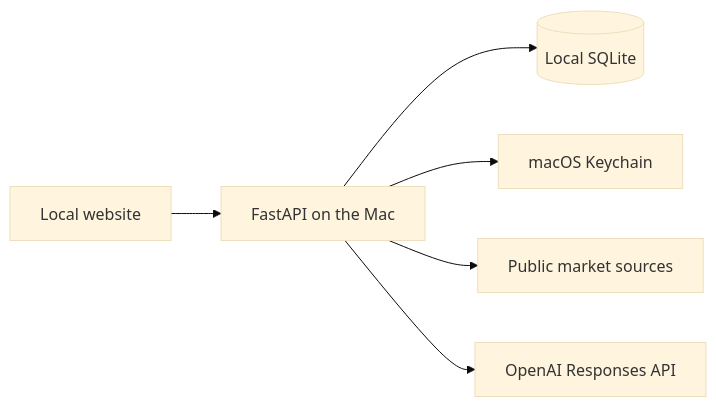
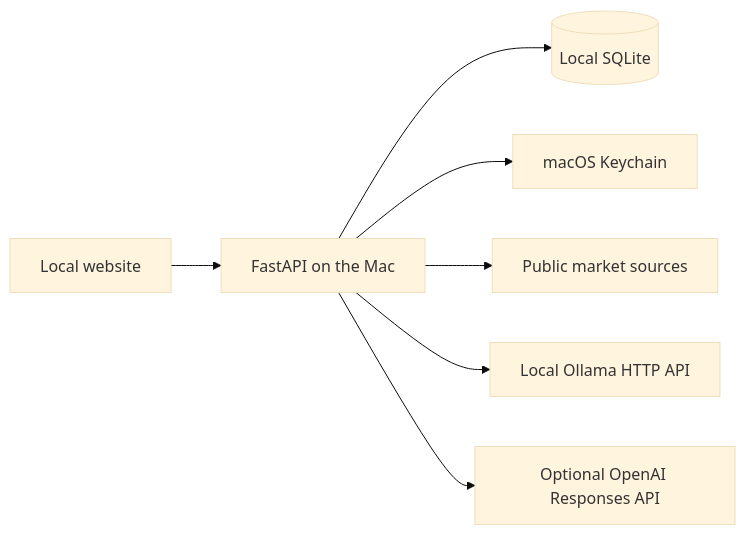
The diagram in docs/ARCHITECTURE.md (FunctionalTools/stockreplay), drawn with Mermaid (base theme) before and after one commit. The commit also changed other lines of this file and 64 other files, not shown here.

Commit message:
Add free local Ollama research and a sourced forecast calendar

````diff
--- a/docs/ARCHITECTURE.md
+++ b/docs/ARCHITECTURE.md
@@ -5,8 +5,9 @@
 ```mermaid
 flowchart LR
     UI[Local website] --> API[FastAPI on the Mac]
     API --> DB[(Local SQLite)]
     API --> KC[macOS Keychain]
     API --> P[Public market sources]
-    API --> O[OpenAI Responses API]
+    API --> L[Local Ollama HTTP API]
+    API --> O[Optional OpenAI Responses API]
 ```
````
